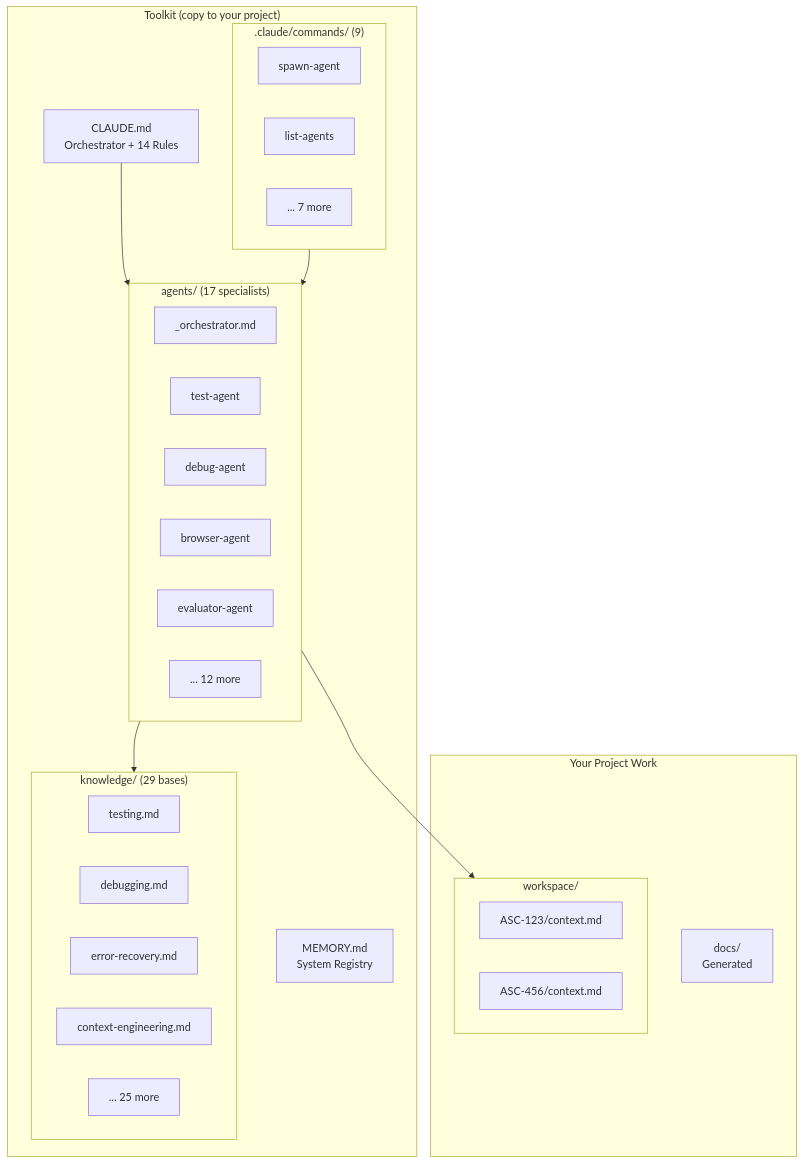
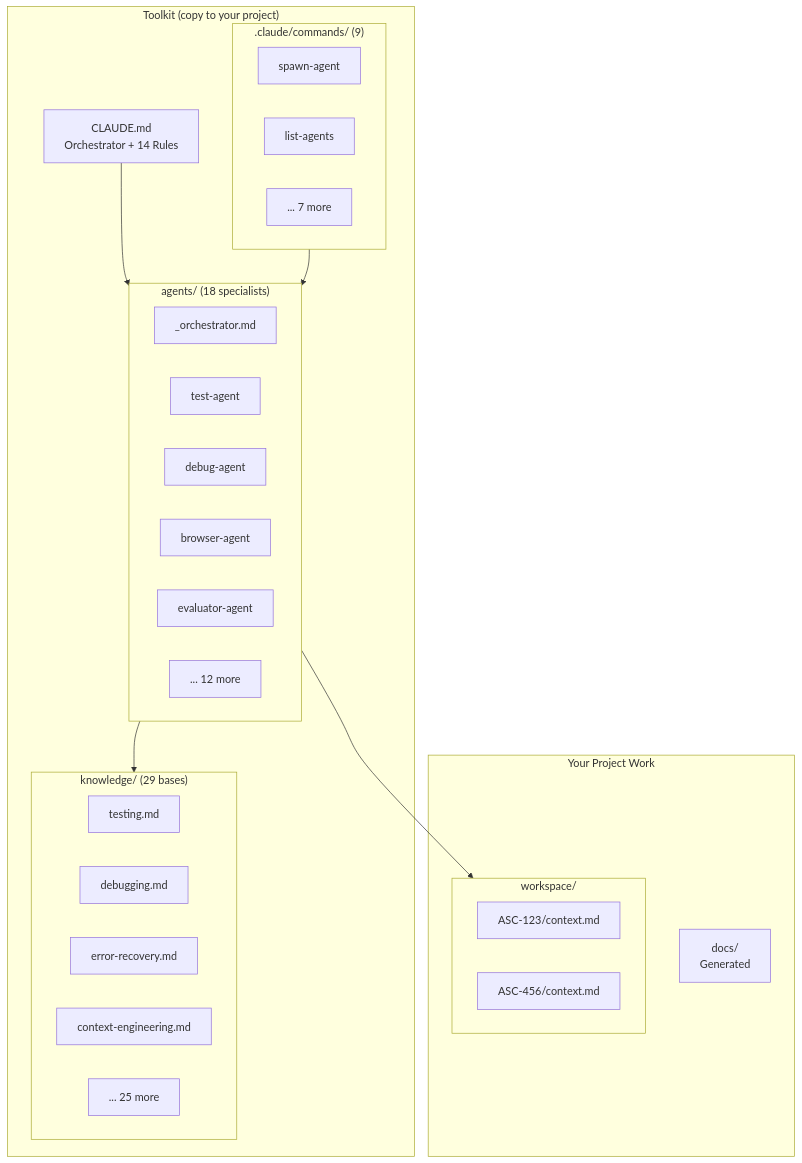
One commit to MikahNiehaus/ClaudeMemory changed the third of 13 diagrams in README.md. Above: the diagram before and after it, drawn with Mermaid. The commit also changed other lines of this file and 13 other files, not shown here.

````diff
--- a/README.md
+++ b/README.md
@@ -88,44 +88,43 @@
 ```mermaid
 flowchart TB
     subgraph Toolkit["Toolkit (copy to your project)"]
         CLAUDE[CLAUDE.md<br/>Orchestrator + 14 Rules]
-        MEMORY[MEMORY.md<br/>System Registry]
 
-        subgraph Agents["agents/ (17 specialists)"]
+        subgraph Agents["agents/ (18 specialists)"]
             Orch[_orchestrator.md]
             Test[test-agent]
             Debug[debug-agent]
             Browser[browser-agent]
             Evaluator[evaluator-agent]
             More[... 12 more]
         end
 
         subgraph Knowledge["knowledge/ (29 bases)"]
             Testing[testing.md]
             Debugging[debugging.md]
             ErrorRecovery[error-recovery.md]
             ContextEng[context-engineering.md]
             MoreK[... 25 more]
         end
 
         subgraph Commands[".claude/commands/ (9)"]
             Spawn[spawn-agent]
             ListA[list-agents]
             MoreC[... 7 more]
         end
     end
 
     subgraph Project["Your Project Work"]
         subgraph Workspace["workspace/"]
             Task1[ASC-123/context.md]
             Task2[ASC-456/context.md]
         end
 
         Docs[docs/<br/>Generated]
     end
 
     CLAUDE --> Agents
     Agents --> Knowledge
     Agents --> Workspace
     Commands --> Agents
 ```
````
